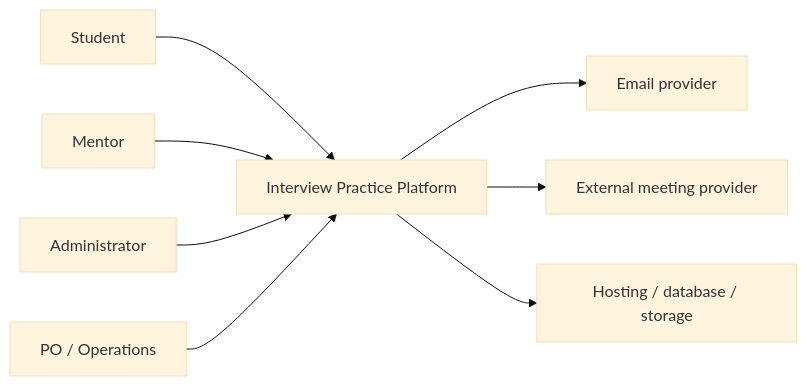
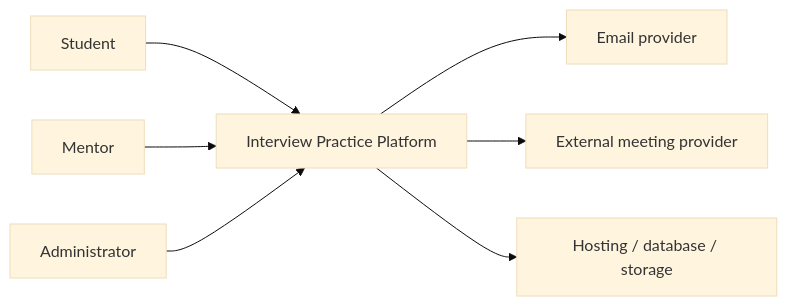
The diagram in docs/Project_Vision_and_Scope/Project_Vision_and_Scope.md (tnnhuaa/InterviewQuestionBank), drawn with Mermaid (base theme) before and after one commit. The commit also changed other lines of this file and 6 other files, not shown here.

````diff
--- a/docs/Project_Vision_and_Scope/Project_Vision_and_Scope.md
+++ b/docs/Project_Vision_and_Scope/Project_Vision_and_Scope.md
@@ -201,10 +147,9 @@
 ```mermaid
 flowchart LR
     Student["Student"] --> System["Interview Practice Platform"]
     Mentor["Mentor"] --> System
     Admin["Administrator"] --> System
-    PO["PO / Operations"] --> System
     System --> Email["Email provider"]
     System --> Meet["External meeting provider"]
     System --> Store["Hosting / database / storage"]
 ```
````
